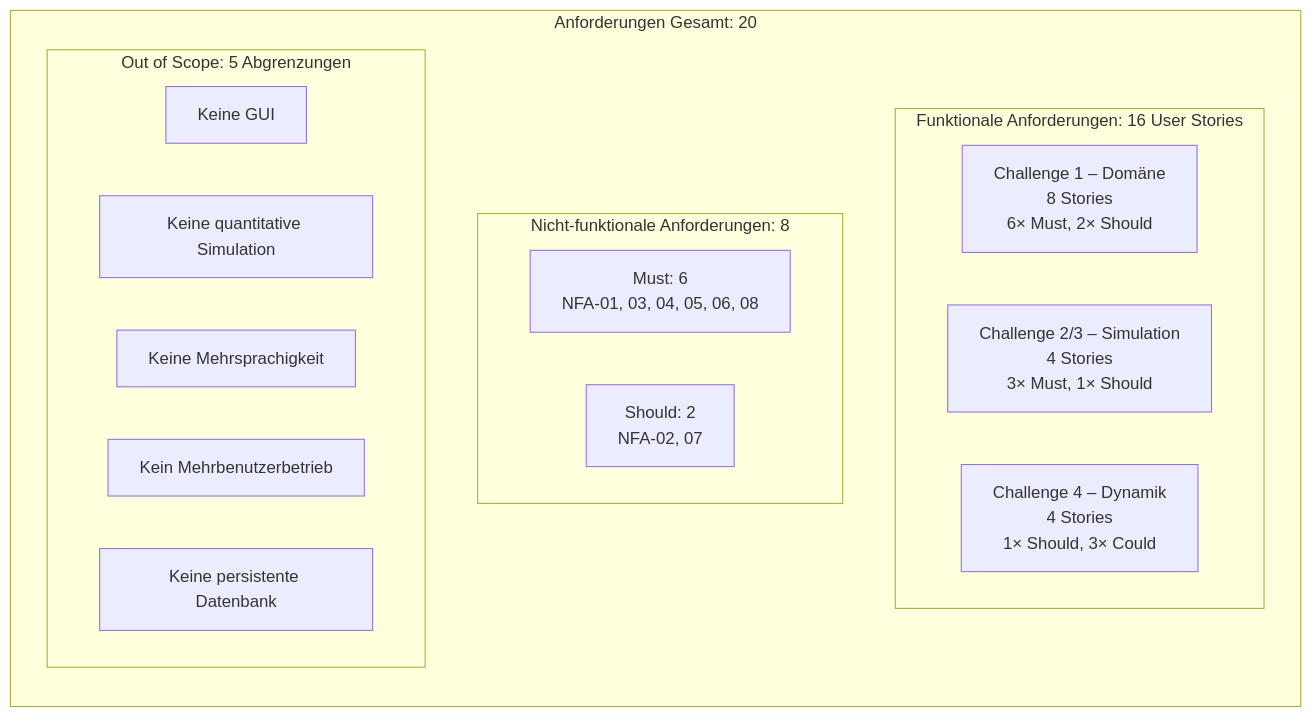
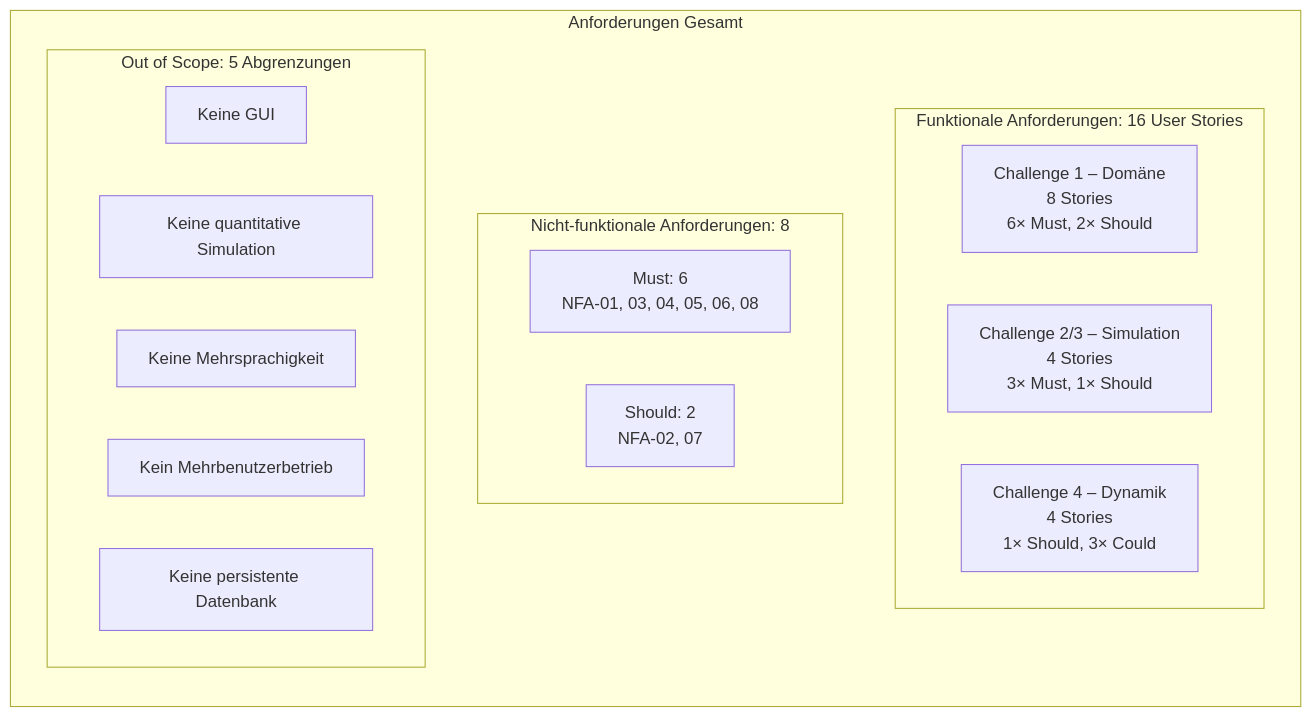
One commit to manucarbajo/AeroForesightAI changed the fourth of 4 diagrams in docs/haiko_c1_A.md. Above: the diagram before and after it, drawn with Mermaid.

Commit message:
fixed graph

````diff
--- a/docs/haiko_c1_A.md
+++ b/docs/haiko_c1_A.md
@@ -559,25 +559,25 @@
 ```mermaid
 graph TD
-    subgraph GESAMT["Anforderungen Gesamt: 20"]
+    subgraph GESAMT["Anforderungen Gesamt"]
         direction TB
 
         subgraph FA["Funktionale Anforderungen: 16 User Stories"]
             C1_FA["Challenge 1 – Domäne<br/>8 Stories<br/>6× Must, 2× Should"]
             C23_FA["Challenge 2/3 – Simulation<br/>4 Stories<br/>3× Must, 1× Should"]
             C4_FA["Challenge 4 – Dynamik<br/>4 Stories<br/>1× Should, 3× Could"]
         end
 
         subgraph NFA["Nicht-funktionale Anforderungen: 8"]
             NFA_MUST["Must: 6<br/>NFA-01, 03, 04, 05, 06, 08"]
             NFA_SHOULD["Should: 2<br/>NFA-02, 07"]
         end
 
         subgraph OOS["Out of Scope: 5 Abgrenzungen"]
             OOS1["Keine GUI"]
             OOS2["Keine quantitative Simulation"]
             OOS3["Keine Mehrsprachigkeit"]
             OOS4["Kein Mehrbenutzerbetrieb"]
             OOS5["Keine persistente Datenbank"]
         end
     end
 ```
````
